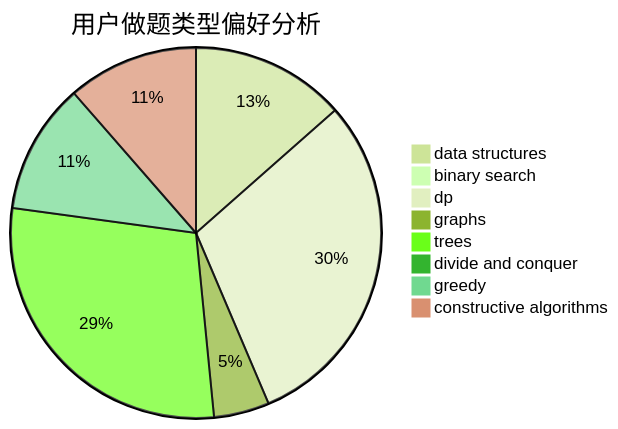
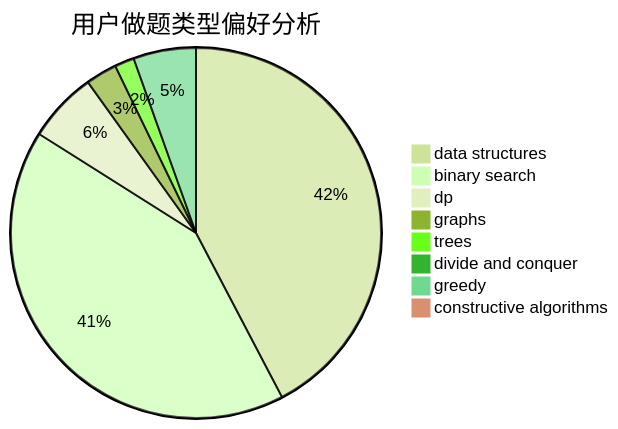
Before and after one commit to sherpahu/cfrs.github.io: the second of 3 diagrams in docs/user/u2204.md, drawn with Mermaid (forest theme). The commit also changed other lines of this file and 2770 other files, not shown here.

````diff
--- a/docs/user/u2204.md
+++ b/docs/user/u2204.md
@@ -23,11 +23,11 @@
 ```mermaid
 pie title 用户做题类型偏好分析
-    "data structures" :  39
-    "binary search" :  0
-    "dp" :  87
-    "graphs" :  14
-    "trees" :  83
+    "data structures" :  124
+    "binary search" :  122
+    "dp" :  18
+    "graphs" :  8
+    "trees" :  5
     "divide and conquer" :  0
-    "greedy" :  33
-    "constructive algorithms" :  33
+    "greedy" :  16
+    "constructive algorithms" :  1
 ```
````
